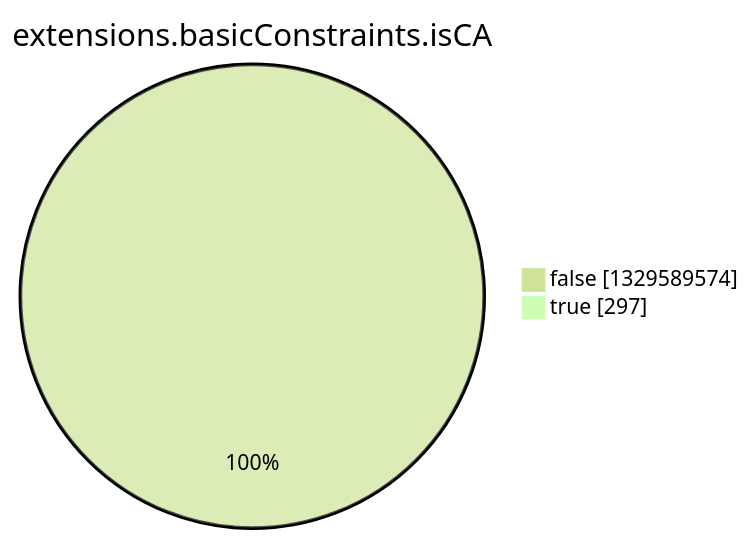
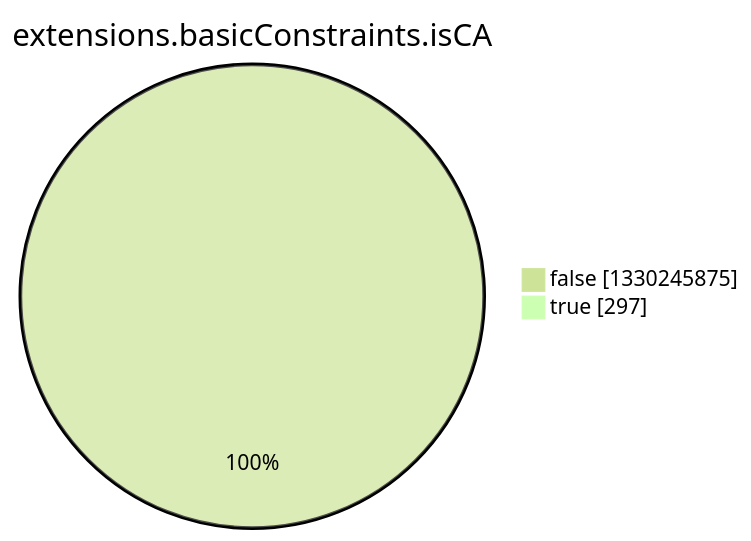
The eighth of 15 diagrams in argon2022/README.md (christiankrug/ctmonitor_visualization), drawn with Mermaid (forest theme) before and after one commit. The commit also changed other lines of this file, not shown here.

````diff
--- a/argon2022/README.md
+++ b/argon2022/README.md
@@ -2758,6 +2758,6 @@
 ```mermaid
 pie showData
 title extensions.basicConstraints.isCA
-"false" :1329589574
+"false" :1330245875
 "true" :297
 ```
````
